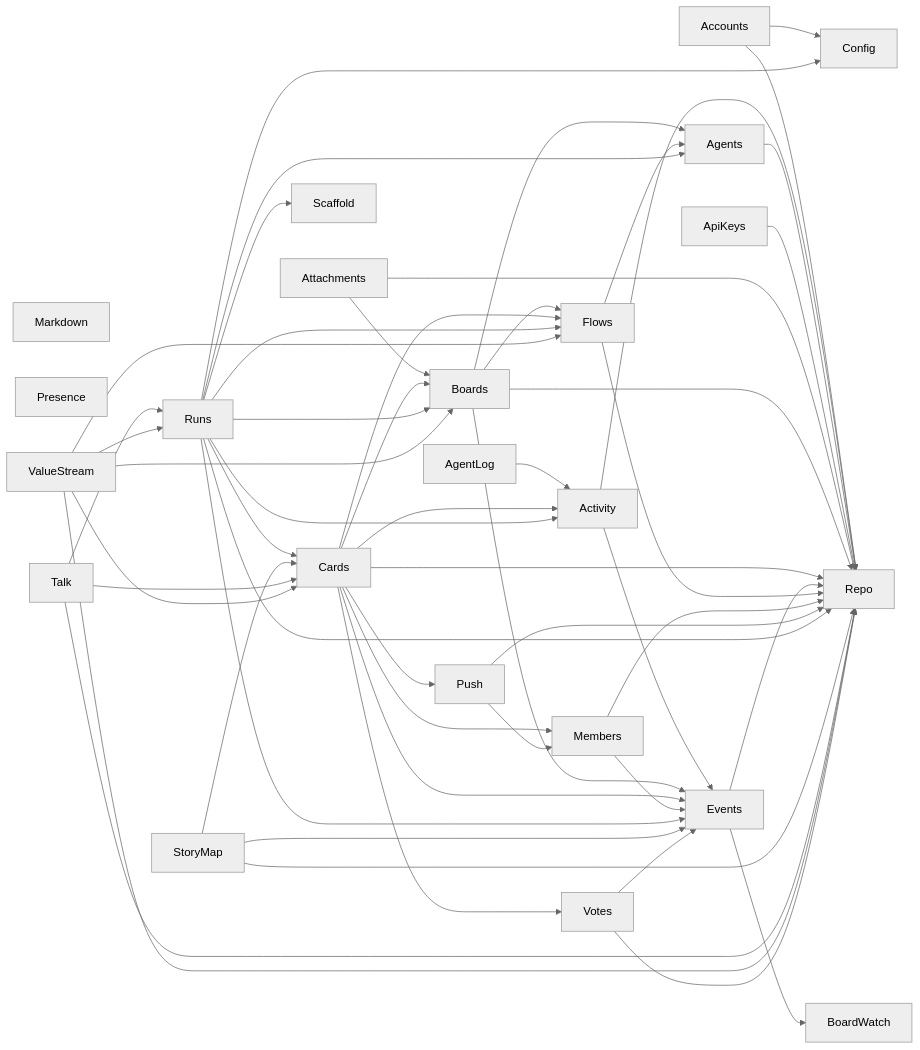
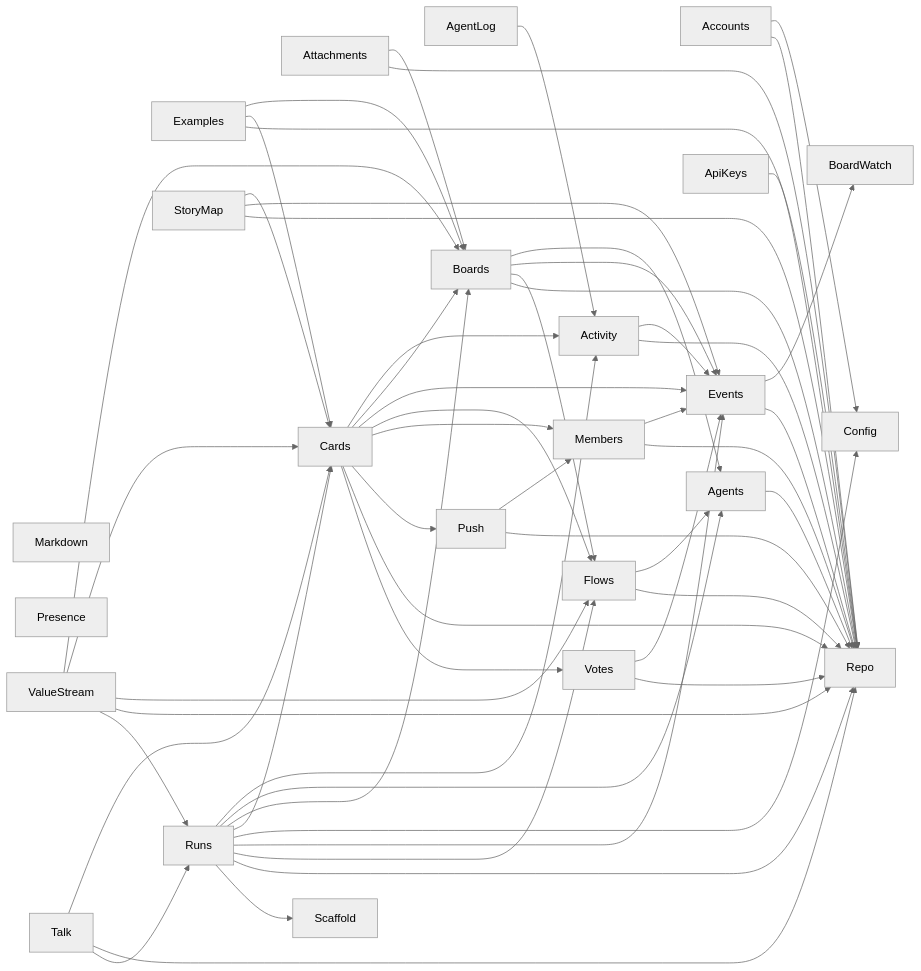
Before and after one commit to jeremylightsmith/relay: the second of 2 diagrams in docs/architecture/deps.md, drawn with Mermaid (neutral theme). The commit also changed 44 other files, not shown here.

````diff
--- a/docs/architecture/deps.md
+++ b/docs/architecture/deps.md
@@ -29,56 +29,59 @@
 ```mermaid
 flowchart LR
     Markdown
     Presence
     Accounts --> Config
     Accounts --> Repo
     Activity --> Events
     Activity --> Repo
     AgentLog --> Activity
     Agents --> Repo
     ApiKeys --> Repo
     Attachments --> Boards
     Attachments --> Repo
     Boards --> Agents
     Boards --> Events
     Boards --> Flows
     Boards --> Repo
     Cards --> Activity
     Cards --> Boards
     Cards --> Events
     Cards --> Flows
     Cards --> Members
     Cards --> Push
     Cards --> Repo
     Cards --> Votes
     Events --> BoardWatch
     Events --> Repo
+    Examples --> Boards
+    Examples --> Cards
+    Examples --> Repo
     Flows --> Agents
     Flows --> Repo
     Members --> Events
     Members --> Repo
     Push --> Members
     Push --> Repo
     Runs --> Activity
     Runs --> Agents
     Runs --> Boards
     Runs --> Cards
     Runs --> Config
     Runs --> Events
     Runs --> Flows
     Runs --> Repo
     Runs --> Scaffold
     StoryMap --> Cards
     StoryMap --> Events
     StoryMap --> Repo
     Talk --> Cards
     Talk --> Repo
     Talk --> Runs
     ValueStream --> Boards
     ValueStream --> Cards
     ValueStream --> Flows
     ValueStream --> Repo
     ValueStream --> Runs
     Votes --> Events
     Votes --> Repo
 ```
````
